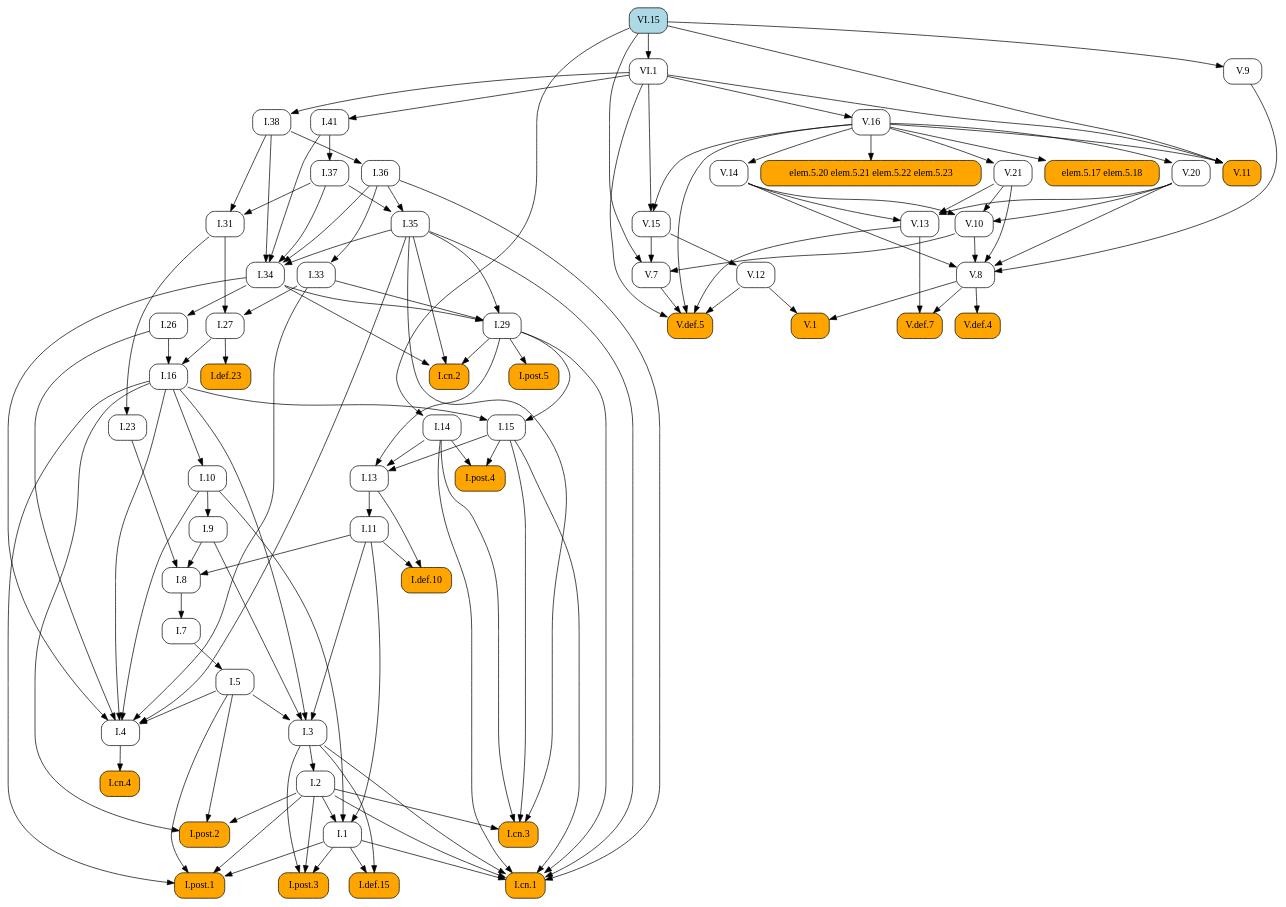
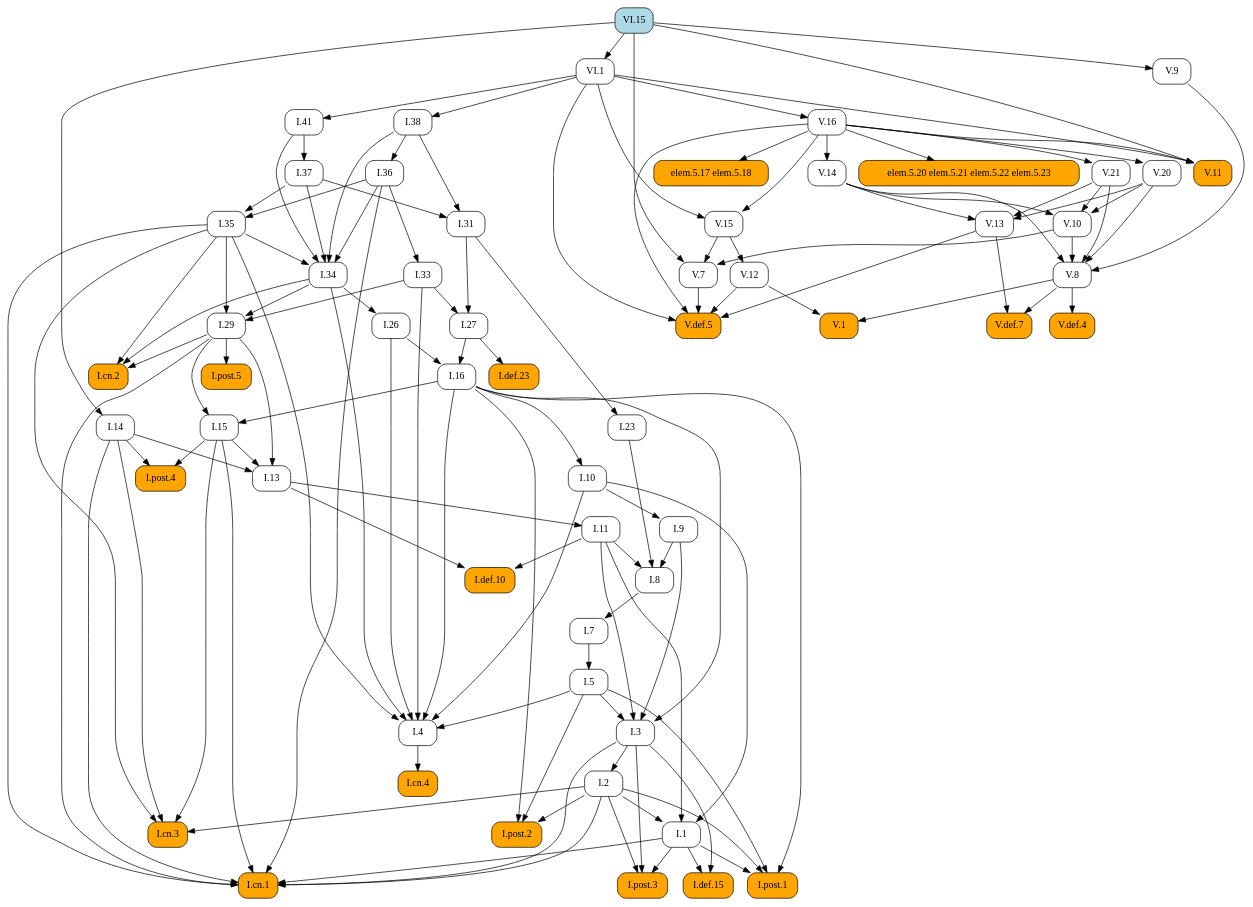
The diagram in docsrc/elements2/VI/15/index.rst (geometor/elements), drawn with Graphviz before and after one commit. The commit also changed other lines of this file and 171 other files, not shown here.

```diff
--- a/docsrc/elements2/VI/15/index.rst
+++ b/docsrc/elements2/VI/15/index.rst
@@ -56,161 +56,137 @@
    digraph {
      rankdir="TB";
      node [shape=box, style=rounded];
+     "V.20" [URL="/elements2/V/20/", target="_top"];
+     "I.8" [URL="/elements2/I/8/", target="_top"];
+     "VI.15" [style="rounded,filled", fillcolor=lightblue, URL="/elements2/VI/15/", target="_top"];
+     "I.36" [URL="/elements2/I/36/", target="_top"];
+     "V.def.5" [style="rounded,filled", fillcolor=orange, URL="/elements2/V/def.5/", target="_top"];
+     "V.def.4" [style="rounded,filled", fillcolor=orange, URL="/elements2/V/def.4/", target="_top"];
+     "I.14" [URL="/elements2/I/14/", target="_top"];
+     "I.post.1" [style="rounded,filled", fillcolor=orange, URL="/elements2/I/post.1/", target="_top"];
+     "I.33" [URL="/elements2/I/33/", target="_top"];
+     "I.5" [URL="/elements2/I/5/", target="_top"];
+     "I.38" [URL="/elements2/I/38/", target="_top"];
+     "elem.5.17 elem.5.18" [style="rounded,filled", fillcolor=orange];
+     "VI.1" [URL="/elements2/VI/1/", target="_top"];
+     "V.11" [style="rounded,filled", fillcolor=orange, URL="/elements2/V/11/", target="_top"];
+     "I.def.10" [style="rounded,filled", fillcolor=orange, URL="/elements2/I/def.10/", target="_top"];
+     "V.13" [URL="/elements2/V/13/", target="_top"];
+     "I.post.5" [style="rounded,filled", fillcolor=orange, URL="/elements2/I/post.5/", target="_top"];
+     "I.cn.2" [style="rounded,filled", fillcolor=orange, URL="/elements2/I/cn.2/", target="_top"];
+     "V.9" [URL="/elements2/V/9/", target="_top"];
+     "V.16" [URL="/elements2/V/16/", target="_top"];
+     "I.def.15" [style="rounded,filled", fillcolor=orange, URL="/elements2/I/def.15/", target="_top"];
+     "V.15" [URL="/elements2/V/15/", target="_top"];
+     "I.31" [URL="/elements2/I/31/", target="_top"];
+     "I.11" [URL="/elements2/I/11/", target="_top"];
+     "I.3" [URL="/elements2/I/3/", target="_top"];
+     "I.def.23" [style="rounded,filled", fillcolor=orange, URL="/elements2/I/def.23/", target="_top"];
+     "I.post.2" [style="rounded,filled", fillcolor=orange, URL="/elements2/I/post.2/", target="_top"];
+     "I.26" [URL="/elements2/I/26/", target="_top"];
+     "V.14" [URL="/elements2/V/14/", target="_top"];
+     "V.10" [URL="/elements2/V/10/", target="_top"];
+     "I.cn.3" [style="rounded,filled", fillcolor=orange, URL="/elements2/I/cn.3/", target="_top"];
+     "I.1" [URL="/elements2/I/1/", target="_top"];
+     "I.cn.4" [style="rounded,filled", fillcolor=orange, URL="/elements2/I/cn.4/", target="_top"];
+     "I.23" [URL="/elements2/I/23/", target="_top"];
+     "I.7" [URL="/elements2/I/7/", target="_top"];
+     "I.9" [URL="/elements2/I/9/", target="_top"];
+     "I.16" [URL="/elements2/I/16/", target="_top"];
+     "V.1" [style="rounded,filled", fillcolor=orange, URL="/elements2/V/1/", target="_top"];
+     "V.7" [URL="/elements2/V/7/", target="_top"];
+     "I.cn.1" [style="rounded,filled", fillcolor=orange, URL="/elements2/I/cn.1/", target="_top"];
+     "I.post.4" [style="rounded,filled", fillcolor=orange, URL="/elements2/I/post.4/", target="_top"];
+     "V.12" [URL="/elements2/V/12/", target="_top"];
+     "I.13" [URL="/elements2/I/13/", target="_top"];
+     "V.21" [URL="/elements2/V/21/", target="_top"];
+     "elem.5.20 elem.5.21 elem.5.22 elem.5.23" [style="rounded,filled", fillcolor=orange];
+     "I.41" [URL="/elements2/I/41/", target="_top"];
+     "I.29" [URL="/elements2/I/29/", target="_top"];
+     "I.35" [URL="/elements2/I/35/", target="_top"];
+     "I.2" [URL="/elements2/I/2/", target="_top"];
      "I.37" [URL="/elements2/I/37/", target="_top"];
-     "elem.5.17 elem.5.18" [style="rounded,filled", fillcolor=orange];
-     "V.7" [URL="/elements2/V/7/", target="_top"];
-     "I.def.10" [style="rounded,filled", fillcolor=orange, URL="/elements2/I/def.10/", target="_top"];
+     "I.27" [URL="/elements2/I/27/", target="_top"];
+     "I.4" [URL="/elements2/I/4/", target="_top"];
+     "V.8" [URL="/elements2/V/8/", target="_top"];
+     "I.10" [URL="/elements2/I/10/", target="_top"];
+     "I.15" [URL="/elements2/I/15/", target="_top"];
      "I.34" [URL="/elements2/I/34/", target="_top"];
-     "V.def.5" [style="rounded,filled", fillcolor=orange, URL="/elements2/V/def.5/", target="_top"];
-     "I.def.15" [style="rounded,filled", fillcolor=orange, URL="/elements2/I/def.15/", target="_top"];
+     "V.def.7" [style="rounded,filled", fillcolor=orange, URL="/elements2/V/def.7/", target="_top"];
      "I.post.3" [style="rounded,filled", fillcolor=orange, URL="/elements2/I/post.3/", target="_top"];
-     "I.cn.4" [style="rounded,filled", fillcolor=orange, URL="/elements2/I/cn.4/", target="_top"];
-     "V.def.7" [style="rounded,filled", fillcolor=orange, URL="/elements2/V/def.7/", target="_top"];
-     "I.41" [URL="/elements2/I/41/", target="_top"];
-     "I.36" [URL="/elements2/I/36/", target="_top"];
-     "I.27" [URL="/elements2/I/27/", target="_top"];
-     "VI.15" [style="rounded,filled", fillcolor=lightblue, URL="/elements2/VI/15/", target="_top"];
-     "V.10" [URL="/elements2/V/10/", target="_top"];
-     "I.post.2" [style="rounded,filled", fillcolor=orange, URL="/elements2/I/post.2/", target="_top"];
-     "I.13" [URL="/elements2/I/13/", target="_top"];
-     "I.10" [URL="/elements2/I/10/", target="_top"];
-     "I.post.1" [style="rounded,filled", fillcolor=orange, URL="/elements2/I/post.1/", target="_top"];
-     "I.7" [URL="/elements2/I/7/", target="_top"];
-     "V.15" [URL="/elements2/V/15/", target="_top"];
-     "V.14" [URL="/elements2/V/14/", target="_top"];
-     "I.14" [URL="/elements2/I/14/", target="_top"];
-     "I.11" [URL="/elements2/I/11/", target="_top"];
-     "I.4" [URL="/elements2/I/4/", target="_top"];
-     "V.13" [URL="/elements2/V/13/", target="_top"];
-     "V.16" [URL="/elements2/V/16/", target="_top"];
-     "V.1" [style="rounded,filled", fillcolor=orange, URL="/elements2/V/1/", target="_top"];
-     "I.16" [URL="/elements2/I/16/", target="_top"];
-     "V.21" [URL="/elements2/V/21/", target="_top"];
-     "I.def.23" [style="rounded,filled", fillcolor=orange, URL="/elements2/I/def.23/", target="_top"];
-     "elem.5.20 elem.5.21 elem.5.22 elem.5.23" [style="rounded,filled", fillcolor=orange];
-     "I.9" [URL="/elements2/I/9/", target="_top"];
-     "I.38" [URL="/elements2/I/38/", target="_top"];
-     "I.8" [URL="/elements2/I/8/", target="_top"];
-     "I.23" [URL="/elements2/I/23/", target="_top"];
-     "I.26" [URL="/elements2/I/26/", target="_top"];
-     "I.cn.2" [style="rounded,filled", fillcolor=orange, URL="/elements2/I/cn.2/", target="_top"];
-     "I.2" [URL="/elements2/I/2/", target="_top"];
-     "I.15" [URL="/elements2/I/15/", target="_top"];
-     "I.post.5" [style="rounded,filled", fillcolor=orange, URL="/elements2/I/post.5/", target="_top"];
-     "VI.1" [URL="/elements2/VI/1/", target="_top"];
-     "I.1" [URL="/elements2/I/1/", target="_top"];
-     "V.def.4" [style="rounded,filled", fillcolor=orange, URL="/elements2/V/def.4/", target="_top"];
-     "I.35" [URL="/elements2/I/35/", target="_top"];
-     "V.11" [style="rounded,filled", fillcolor=orange, URL="/elements2/V/11/", target="_top"];
-     "V.12" [URL="/elements2/V/12/", target="_top"];
-     "I.33" [URL="/elements2/I/33/", target="_top"];
-     "I.31" [URL="/elements2/I/31/", target="_top"];
-     "I.post.4" [style="rounded,filled", fillcolor=orange, URL="/elements2/I/post.4/", target="_top"];
-     "I.cn.1" [style="rounded,filled", fillcolor=orange, URL="/elements2/I/cn.1/", target="_top"];
-     "I.3" [URL="/elements2/I/3/", target="_top"];
-     "I.cn.3" [style="rounded,filled", fillcolor=orange, URL="/elements2/I/cn.3/", target="_top"];
-     "V.9" [URL="/elements2/V/9/", target="_top"];
-     "I.29" [URL="/elements2/I/29/", target="_top"];
-     "I.5" [URL="/elements2/I/5/", target="_top"];
-     "V.8" [URL="/elements2/V/8/", target="_top"];
-     "V.20" [URL="/elements2/V/20/", target="_top"];
-     "I.41" -> "I.37";
-     "V.16" -> "elem.5.17 elem.5.18";
-     "V.10" -> "V.7";
-     "V.15" -> "V.7";
-     "VI.15" -> "V.7";
-     "I.11" -> "I.def.10";
-     "I.13" -> "I.def.10";
-     "I.35" -> "I.34";
-     "I.36" -> "I.34";
-     "I.37" -> "I.34";
-     "I.38" -> "I.34";
-     "I.41" -> "I.34";
+     "V.16" -> "V.20";
+     "I.9" -> "I.8";
+     "I.11" -> "I.8";
+     "I.23" -> "I.8";
+     "I.38" -> "I.36";
      "V.7" -> "V.def.5";
      "V.12" -> "V.def.5";
      "V.13" -> "V.def.5";
      "V.16" -> "V.def.5";
      "VI.1" -> "V.def.5";
-     "I.1" -> "I.def.15";
-     "I.3" -> "I.def.15";
-     "I.1" -> "I.post.3";
-     "I.2" -> "I.post.3";
-     "I.3" -> "I.post.3";
-     "I.4" -> "I.cn.4";
-     "V.8" -> "V.def.7";
-     "V.13" -> "V.def.7";
-     "VI.1" -> "I.41";
-     "I.38" -> "I.36";
-     "I.31" -> "I.27";
-     "I.33" -> "I.27";
-     "V.14" -> "V.10";
-     "V.20" -> "V.10";
-     "V.21" -> "V.10";
-     "I.2" -> "I.post.2";
-     "I.5" -> "I.post.2";
-     "I.16" -> "I.post.2";
-     "I.14" -> "I.13";
-     "I.15" -> "I.13";
-     "I.29" -> "I.13";
-     "I.16" -> "I.10";
+     "V.8" -> "V.def.4";
+     "VI.15" -> "I.14";
      "I.1" -> "I.post.1";
      "I.2" -> "I.post.1";
      "I.5" -> "I.post.1";
      "I.16" -> "I.post.1";
-     "I.8" -> "I.7";
-     "V.16" -> "V.15";
-     "VI.1" -> "V.15";
-     "V.16" -> "V.14";
-     "VI.15" -> "I.14";
-     "I.13" -> "I.11";
-     "I.5" -> "I.4";
-     "I.10" -> "I.4";
-     "I.16" -> "I.4";
-     "I.26" -> "I.4";
-     "I.33" -> "I.4";
-     "I.34" -> "I.4";
-     "I.35" -> "I.4";
+     "I.36" -> "I.33";
+     "I.7" -> "I.5";
+     "VI.1" -> "I.38";
+     "V.16" -> "elem.5.17 elem.5.18";
+     "VI.15" -> "VI.1";
+     "V.16" -> "V.11";
+     "VI.1" -> "V.11";
+     "VI.15" -> "V.11";
+     "I.11" -> "I.def.10";
+     "I.13" -> "I.def.10";
      "V.14" -> "V.13";
      "V.20" -> "V.13";
      "V.21" -> "V.13";
-     "VI.1" -> "V.16";
-     "V.8" -> "V.1";
-     "V.12" -> "V.1";
-     "I.26" -> "I.16";
-     "I.27" -> "I.16";
-     "V.16" -> "V.21";
-     "I.27" -> "I.def.23";
-     "V.16" -> "elem.5.20 elem.5.21 elem.5.22 elem.5.23";
-     "I.10" -> "I.9";
-     "VI.1" -> "I.38";
-     "I.9" -> "I.8";
-     "I.11" -> "I.8";
-     "I.23" -> "I.8";
-     "I.31" -> "I.23";
-     "I.34" -> "I.26";
+     "I.29" -> "I.post.5";
      "I.29" -> "I.cn.2";
      "I.34" -> "I.cn.2";
      "I.35" -> "I.cn.2";
-     "I.3" -> "I.2";
-     "I.16" -> "I.15";
-     "I.29" -> "I.15";
-     "I.29" -> "I.post.5";
-     "VI.15" -> "VI.1";
+     "VI.15" -> "V.9";
+     "VI.1" -> "V.16";
+     "I.1" -> "I.def.15";
+     "I.3" -> "I.def.15";
+     "V.16" -> "V.15";
+     "VI.1" -> "V.15";
+     "I.37" -> "I.31";
+     "I.38" -> "I.31";
+     "I.13" -> "I.11";
+     "I.5" -> "I.3";
+     "I.9" -> "I.3";
+     "I.11" -> "I.3";
+     "I.16" -> "I.3";
+     "I.27" -> "I.def.23";
+     "I.2" -> "I.post.2";
+     "I.5" -> "I.post.2";
+     "I.16" -> "I.post.2";
+     "I.34" -> "I.26";
+     "V.16" -> "V.14";
+     "V.14" -> "V.10";
+     "V.20" -> "V.10";
+     "V.21" -> "V.10";
+     "I.2" -> "I.cn.3";
+     "I.14" -> "I.cn.3";
+     "I.15" -> "I.cn.3";
+     "I.35" -> "I.cn.3";
      "I.2" -> "I.1";
      "I.10" -> "I.1";
      "I.11" -> "I.1";
-     "V.8" -> "V.def.4";
-     "I.36" -> "I.35";
-     "I.37" -> "I.35";
-     "V.16" -> "V.11";
-     "VI.1" -> "V.11";
-     "VI.15" -> "V.11";
-     "V.15" -> "V.12";
-     "I.36" -> "I.33";
-     "I.37" -> "I.31";
-     "I.38" -> "I.31";
-     "I.14" -> "I.post.4";
-     "I.15" -> "I.post.4";
+     "I.4" -> "I.cn.4";
+     "I.31" -> "I.23";
+     "I.8" -> "I.7";
+     "I.10" -> "I.9";
+     "I.26" -> "I.16";
+     "I.27" -> "I.16";
+     "V.8" -> "V.1";
+     "V.12" -> "V.1";
+     "V.10" -> "V.7";
+     "V.15" -> "V.7";
+     "VI.15" -> "V.7";
      "I.1" -> "I.cn.1";
      "I.2" -> "I.cn.1";
      "I.3" -> "I.cn.1";
@@ -219,23 +195,47 @@
      "I.29" -> "I.cn.1";
      "I.35" -> "I.cn.1";
      "I.36" -> "I.cn.1";
-     "I.5" -> "I.3";
-     "I.9" -> "I.3";
-     "I.11" -> "I.3";
-     "I.16" -> "I.3";
-     "I.2" -> "I.cn.3";
-     "I.14" -> "I.cn.3";
-     "I.15" -> "I.cn.3";
-     "I.35" -> "I.cn.3";
-     "VI.15" -> "V.9";
+     "I.14" -> "I.post.4";
+     "I.15" -> "I.post.4";
+     "V.15" -> "V.12";
+     "I.14" -> "I.13";
+     "I.15" -> "I.13";
+     "I.29" -> "I.13";
+     "V.16" -> "V.21";
+     "V.16" -> "elem.5.20 elem.5.21 elem.5.22 elem.5.23";
+     "VI.1" -> "I.41";
      "I.33" -> "I.29";
      "I.34" -> "I.29";
      "I.35" -> "I.29";
-     "I.7" -> "I.5";
+     "I.36" -> "I.35";
+     "I.37" -> "I.35";
+     "I.3" -> "I.2";
+     "I.41" -> "I.37";
+     "I.31" -> "I.27";
+     "I.33" -> "I.27";
+     "I.5" -> "I.4";
+     "I.10" -> "I.4";
+     "I.16" -> "I.4";
+     "I.26" -> "I.4";
+     "I.33" -> "I.4";
+     "I.34" -> "I.4";
+     "I.35" -> "I.4";
      "V.9" -> "V.8";
      "V.10" -> "V.8";
      "V.14" -> "V.8";
      "V.20" -> "V.8";
      "V.21" -> "V.8";
-     "V.16" -> "V.20";
+     "I.16" -> "I.10";
+     "I.16" -> "I.15";
+     "I.29" -> "I.15";
+     "I.35" -> "I.34";
+     "I.36" -> "I.34";
+     "I.37" -> "I.34";
+     "I.38" -> "I.34";
+     "I.41" -> "I.34";
+     "V.8" -> "V.def.7";
+     "V.13" -> "V.def.7";
+     "I.1" -> "I.post.3";
+     "I.2" -> "I.post.3";
+     "I.3" -> "I.post.3";
    }
```
